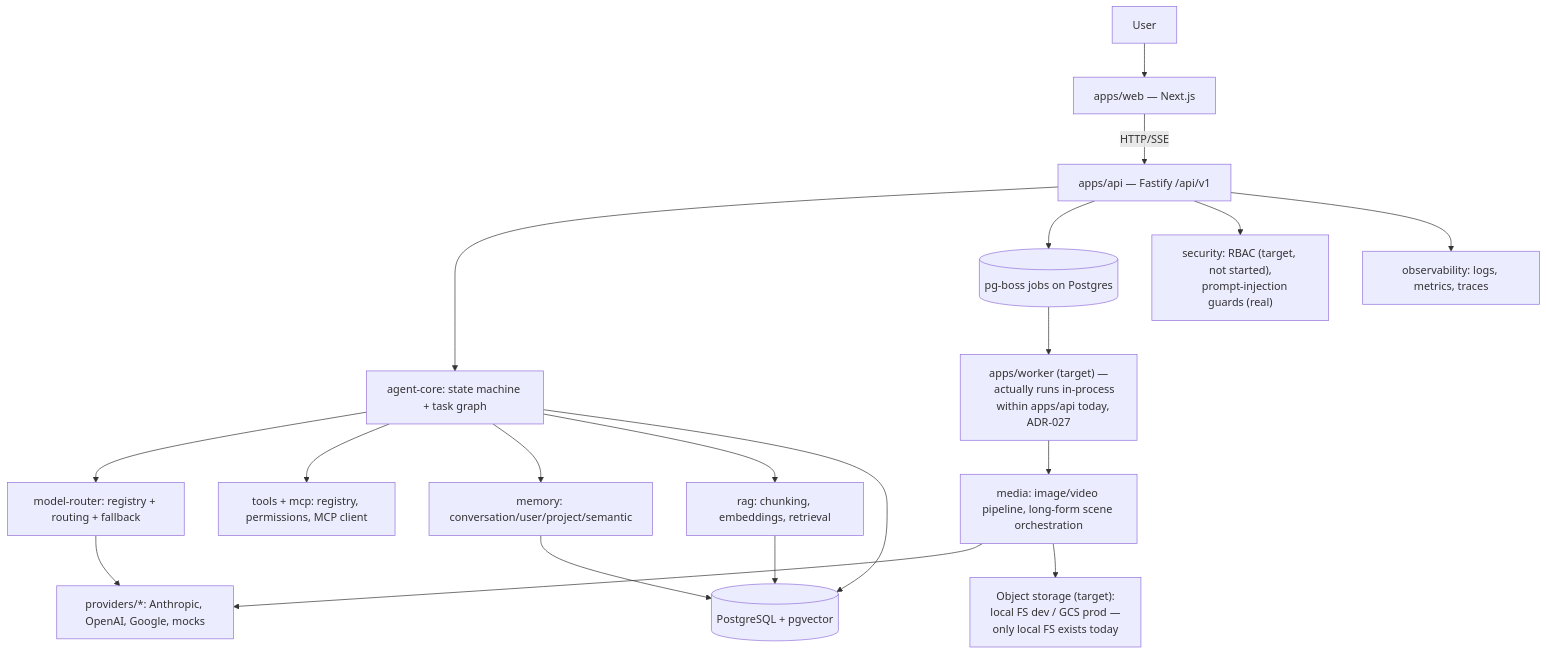
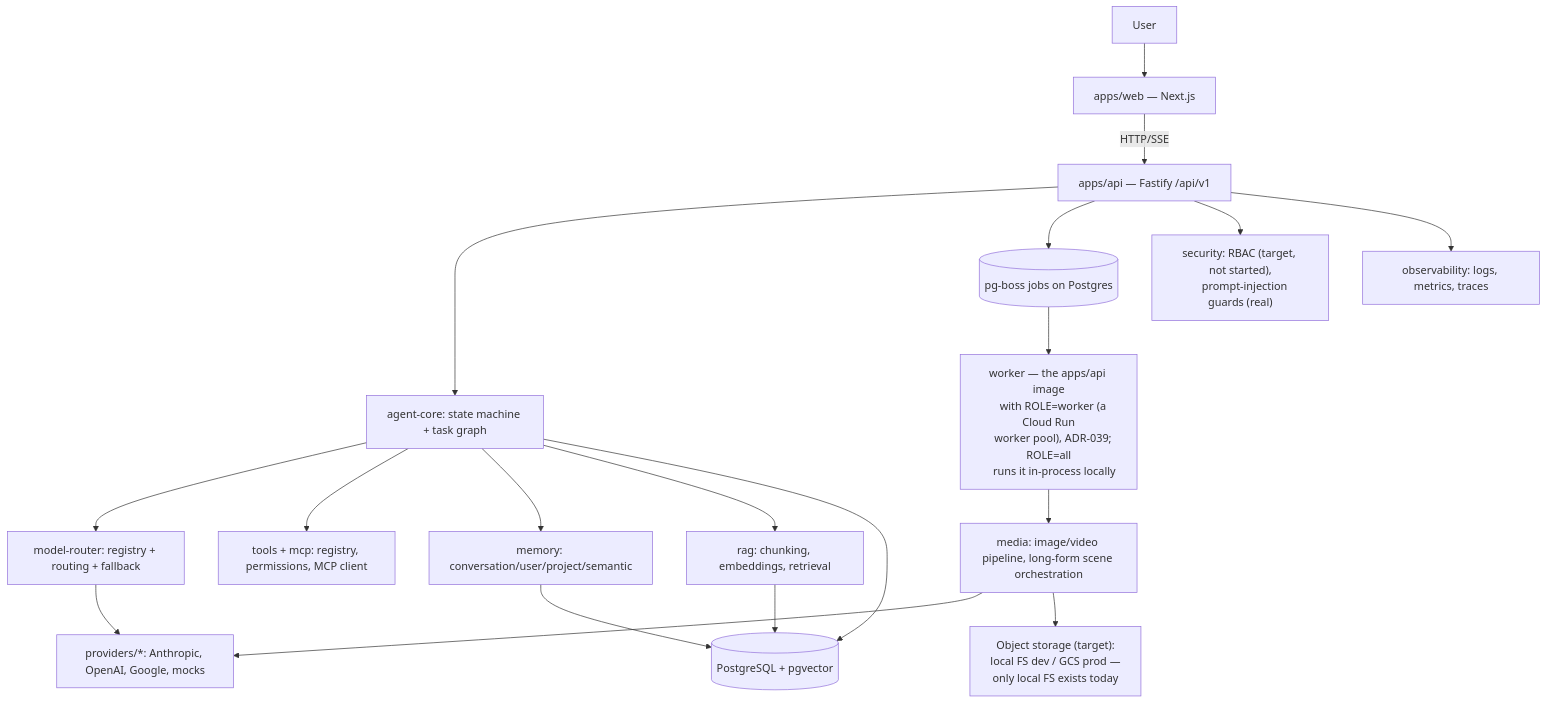
The diagram in docs/30_FINAL_SYSTEM_SPEC.md (zolex12770/Smart-AI-Module), drawn with Mermaid before and after one commit. The commit also changed other lines of this file and 15 other files, not shown here.

````diff
--- a/docs/30_FINAL_SYSTEM_SPEC.md
+++ b/docs/30_FINAL_SYSTEM_SPEC.md
@@ -11,26 +11,27 @@
 ```mermaid
 flowchart TD
   user[User] --> web[apps/web — Next.js]
   web -->|HTTP/SSE| api[apps/api — Fastify /api/v1]
   api --> agentcore[agent-core: state machine + task graph]
   agentcore --> router[model-router: registry + routing + fallback]
   router --> providers[providers/*: Anthropic, OpenAI, Google, mocks]
   agentcore --> tools[tools + mcp: registry, permissions, MCP client]
   agentcore --> memory[memory: conversation/user/project/semantic]
   agentcore --> rag[rag: chunking, embeddings, retrieval]
   api --> jobs[(pg-boss jobs on Postgres)]
-  jobs --> worker["apps/worker (target) —
-    actually runs in-process
-    within apps/api today, ADR-027"]
+  jobs --> worker["worker — the apps/api image
+    with ROLE=worker (a Cloud Run
+    worker pool), ADR-039; ROLE=all
+    runs it in-process locally"]
   worker --> media[media: image/video pipeline, long-form scene orchestration]
   media --> providers
   memory --> db[(PostgreSQL + pgvector)]
   rag --> db
   agentcore --> db
   media --> storage["Object storage (target):
     local FS dev / GCS prod —
     only local FS exists today"]
   api --> security["security: RBAC (target, not started),
     prompt-injection guards (real)"]
   api --> observability[observability: logs, metrics, traces]
 ```
````
